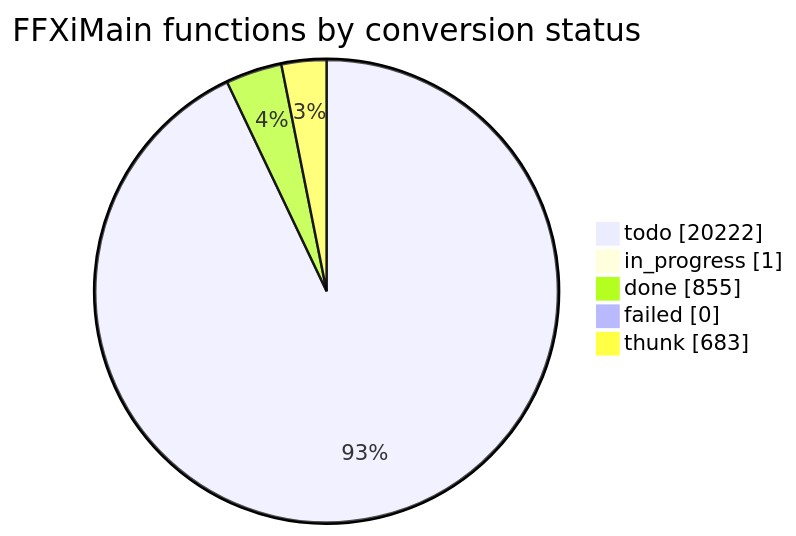
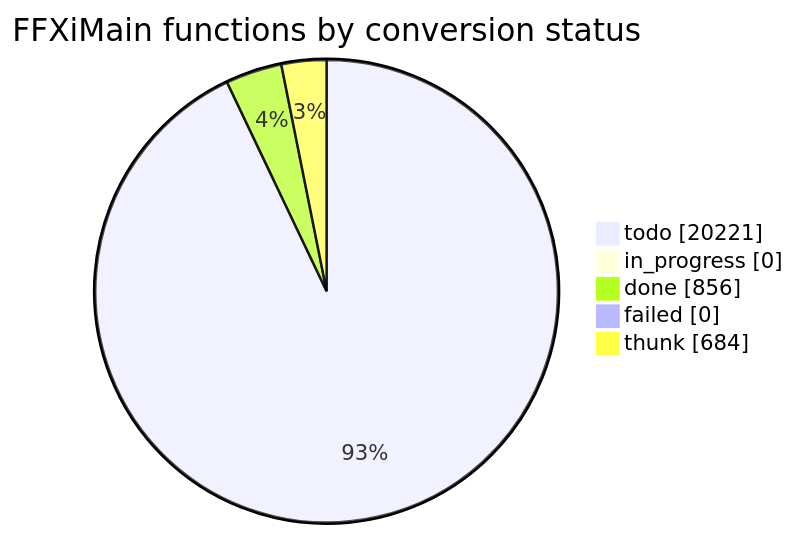
Before and after one commit to cowrevenge/cow_kuluu_xi_anything: the diagram in docs/cow/STATUS.md, drawn with Mermaid. The commit also changed other lines of this file and 9 other files, not shown here.

````diff
--- a/docs/cow/STATUS.md
+++ b/docs/cow/STATUS.md
@@ -18,9 +18,9 @@
 ```mermaid
 pie showData
     title FFXiMain functions by conversion status
-    "todo" : 20222
-    "in_progress" : 1
-    "done" : 855
+    "todo" : 20221
+    "in_progress" : 0
+    "done" : 856
     "failed" : 0
-    "thunk" : 683
+    "thunk" : 684
 ```
````
